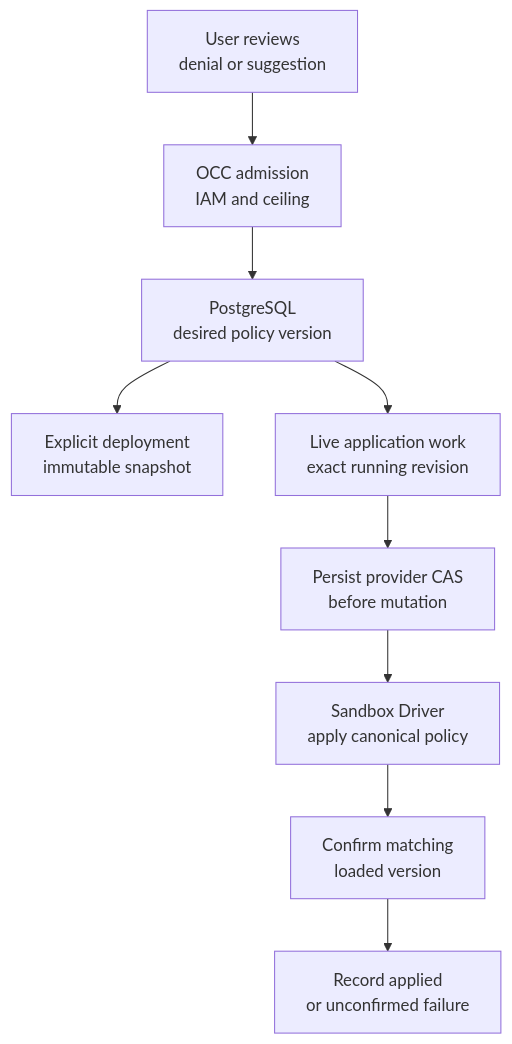
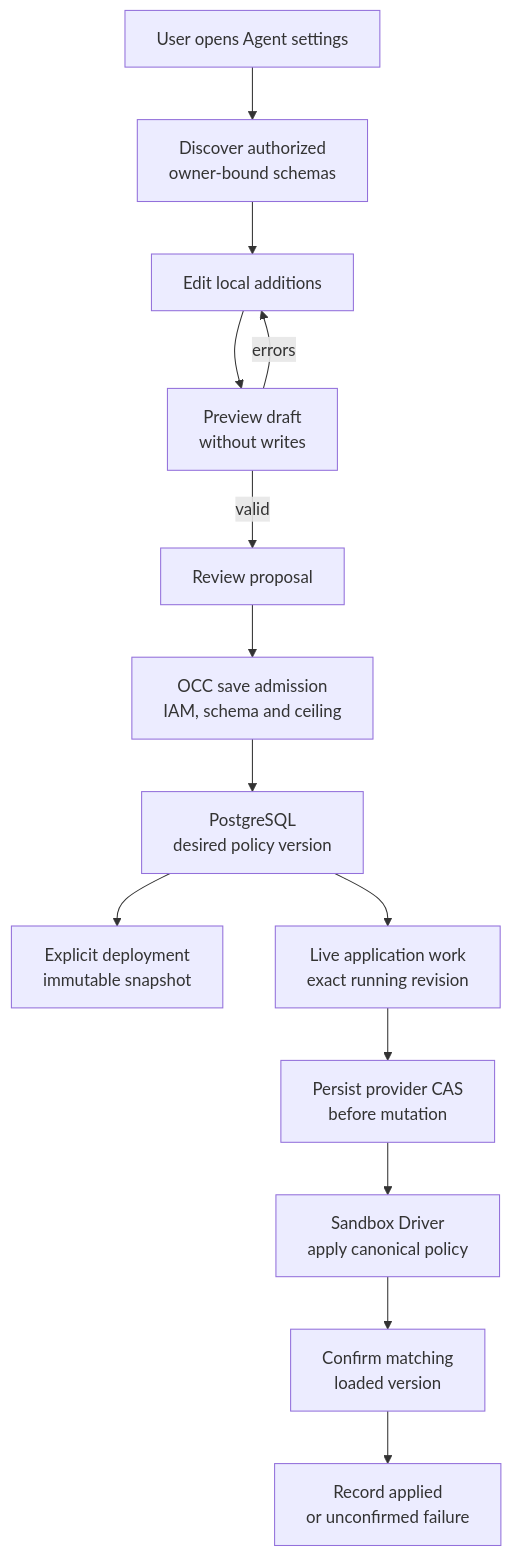
The diagram in docs/flows/agent-sandbox-policy.md (openclaw/openclaw-enterprise), drawn with Mermaid before and after one commit. The commit also changed other lines of this file and 93 other files, not shown here.

````diff
--- a/docs/flows/agent-sandbox-policy.md
+++ b/docs/flows/agent-sandbox-policy.md
@@ -26,11 +26,16 @@
 ```mermaid
 graph TD
-  U["User reviews<br/>denial or suggestion"] --> A["OCC admission<br/>IAM and ceiling"]
+  U["User opens Agent settings"] --> Cfg["Discover authorized<br/>owner-bound schemas"]
+  Cfg --> Draft["Edit local additions"]
+  Draft --> Preview["Preview draft<br/>without writes"]
+  Preview -->|errors| Draft
+  Preview -->|valid| U2["Review proposal"]
+  U2 --> A["OCC save admission<br/>IAM, schema and ceiling"]
   A --> P["PostgreSQL<br/>desired policy version"]
   P --> D["Explicit deployment<br/>immutable snapshot"]
   P --> W["Live application work<br/>exact running revision"]
   W --> C["Persist provider CAS<br/>before mutation"]
   C --> S["Sandbox Driver<br/>apply canonical policy"]
   S --> V["Confirm matching<br/>loaded version"]
   V --> R["Record applied<br/>or unconfirmed failure"]
 ```
````
